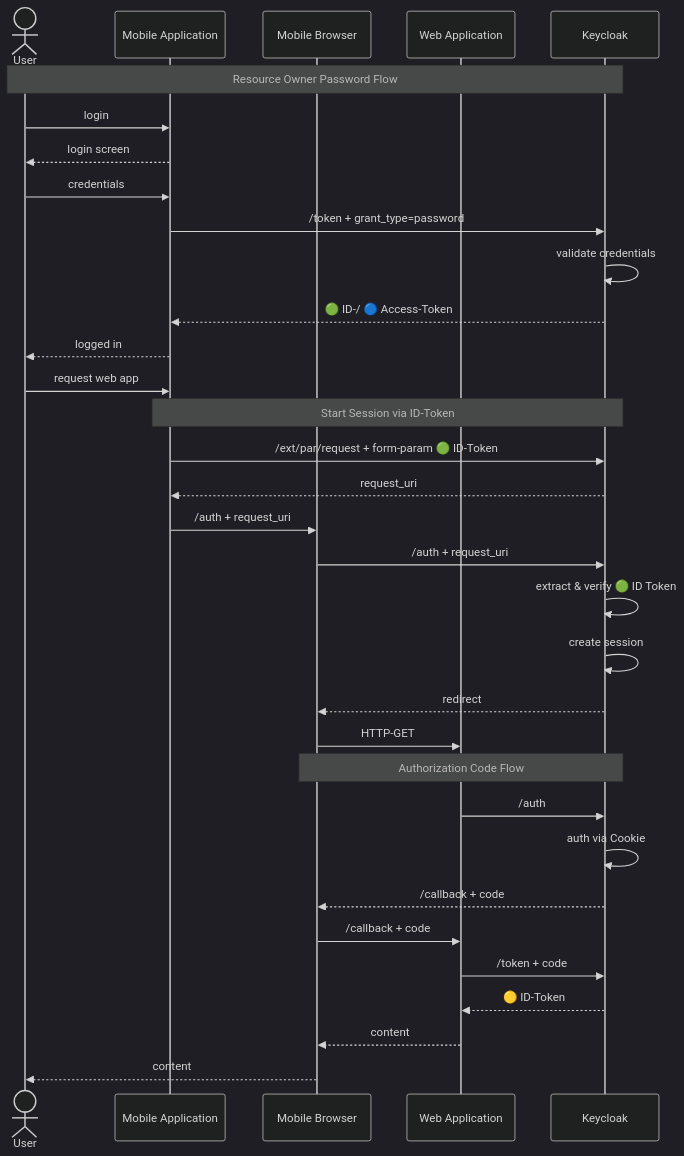
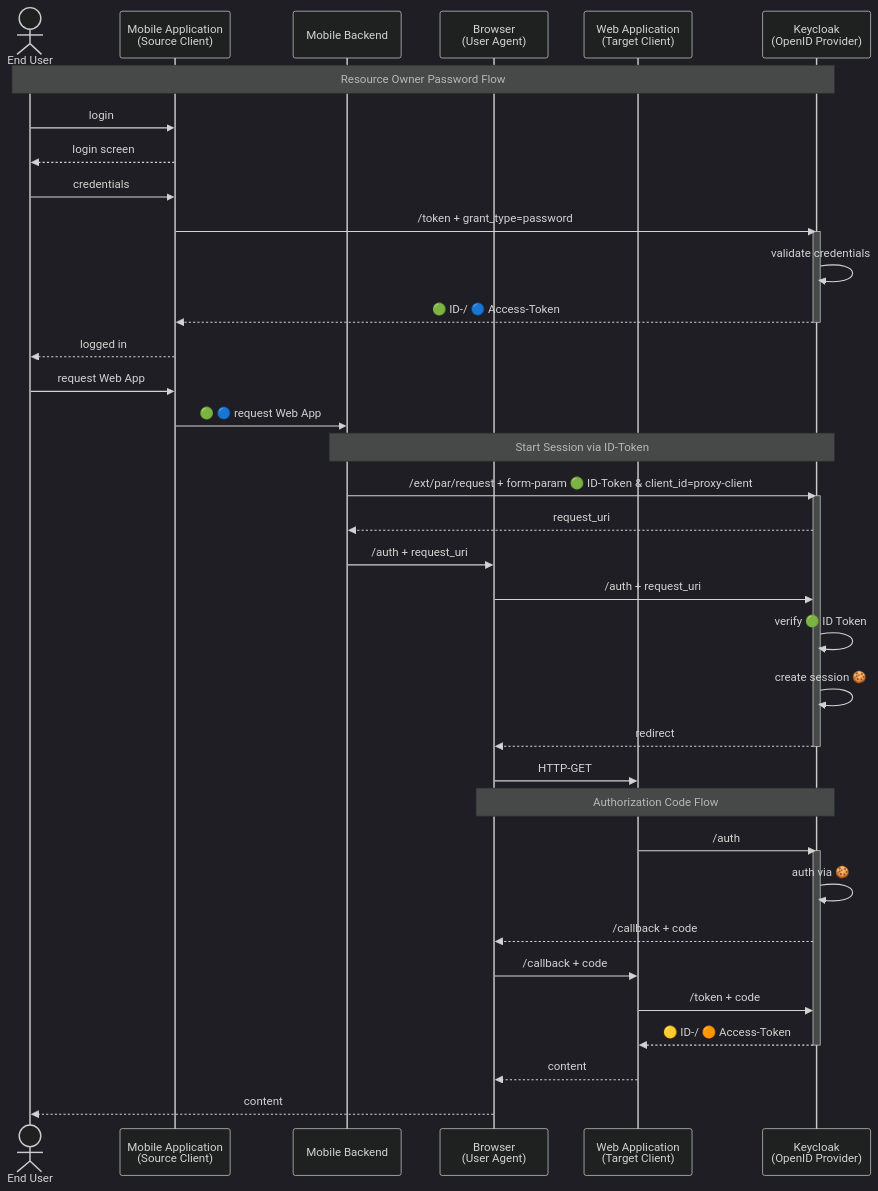
One commit to mkunz-it/keycloak-token-auth changed the diagram in README.md. Above: the diagram before and after it, drawn with Mermaid (dark theme). The commit also changed other lines of this file and 33 other files, not shown here.

Commit message:
- docu finalized - tests improved (using proxy-client)

````diff
--- a/README.md
+++ b/README.md
@@ -29,41 +29,49 @@
 ```mermaid
 sequenceDiagram
-    actor user as User
-    participant mobile as Mobile Application
-    participant browser as Mobile Browser
-    participant webapp as Web Application
-    participant keycloak as Keycloak
+    actor user as End User
+    participant mobile as Mobile Application <br> (Source Client)
+    participant backend as Mobile Backend
+    participant browser as Browser  <br> (User Agent)
+    participant webapp as Web Application <br> (Target Client)
+    participant keycloak as Keycloak <br> (OpenID Provider)
     
     %% User logs in to the mobile app
     note over user,keycloak: Resource Owner Password Flow
     user ->> mobile: login
     mobile -->> user: login screen
     user ->> mobile: credentials
     mobile ->> keycloak: /token + grant_type=password
+    activate keycloak
     keycloak ->> keycloak: validate credentials
     keycloak -->> mobile: 🟢 ID-/ 🔵 Access-Token
+    deactivate keycloak
     mobile -->> user: logged in
-    user ->> mobile: request web app
+    user ->> mobile: request Web App
+    mobile ->> backend: 🟢 🔵 request Web App
     
     %% The user initiates the login to the web application.
-    note over mobile,keycloak: Start Session via ID-Token
-    mobile ->> keycloak: /ext/par/request + form-param 🟢 ID-Token
-    keycloak -->> mobile: request_uri
-    mobile ->> browser: /auth + request_uri
+    note over backend,keycloak: Start Session via ID-Token
+    backend ->> keycloak: /ext/par/request + form-param 🟢 ID-Token & client_id=proxy-client
+    activate keycloak
+    keycloak -->> backend: request_uri
+    backend ->> browser: /auth + request_uri
     browser ->> keycloak: /auth + request_uri
-    keycloak ->> keycloak: extract & verify 🟢 ID Token
-    keycloak ->> keycloak: create session
+    keycloak ->> keycloak: verify 🟢 ID Token
+    keycloak ->> keycloak: create session #127850;
     keycloak -->> browser: redirect
+    deactivate keycloak
     browser ->> webapp: HTTP-GET
     
     %% SSO login via browser cookie
     note over browser,keycloak: Authorization Code Flow
     webapp ->> keycloak: /auth
-    keycloak ->> keycloak: auth via Cookie
+    activate keycloak
+    keycloak ->> keycloak: auth via #127850;
     keycloak -->> browser: /callback + code
     browser ->> webapp: /callback + code
     webapp ->> keycloak: /token + code
-    keycloak -->> webapp: 🟡 ID-Token
+    keycloak -->> webapp: 🟡 ID-/ 🟠 Access-Token
+    deactivate keycloak
     webapp -->> browser: content
     browser -->> user: content
 ```
````
